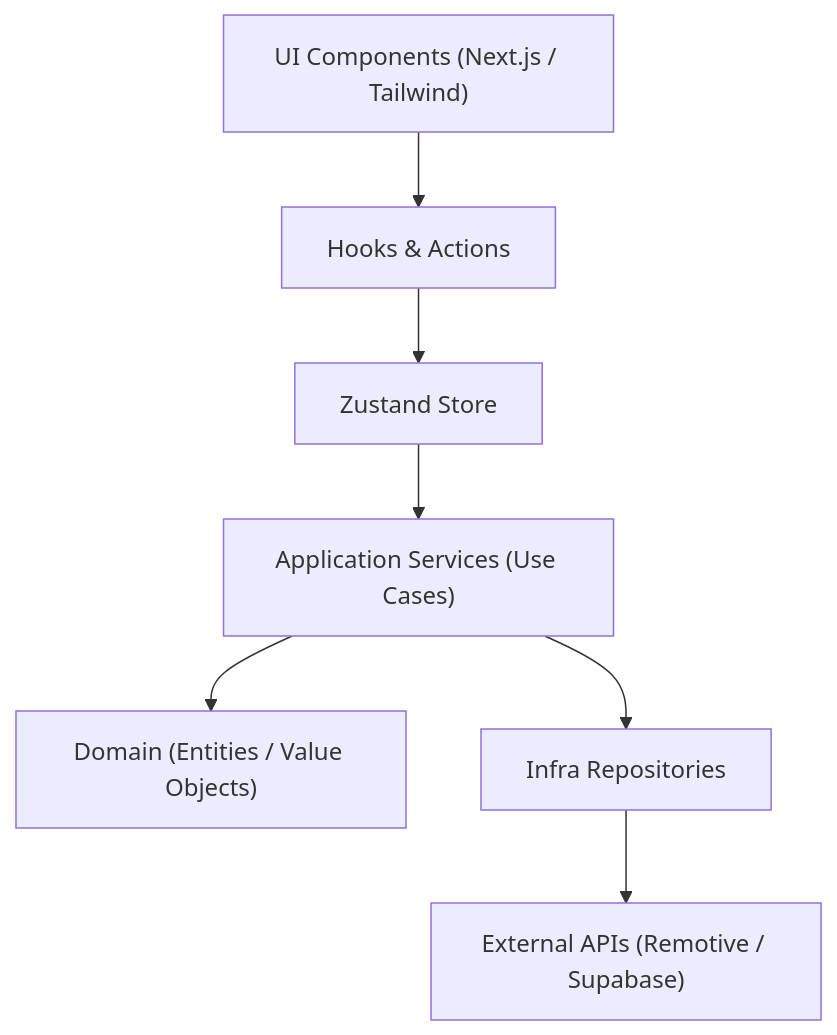
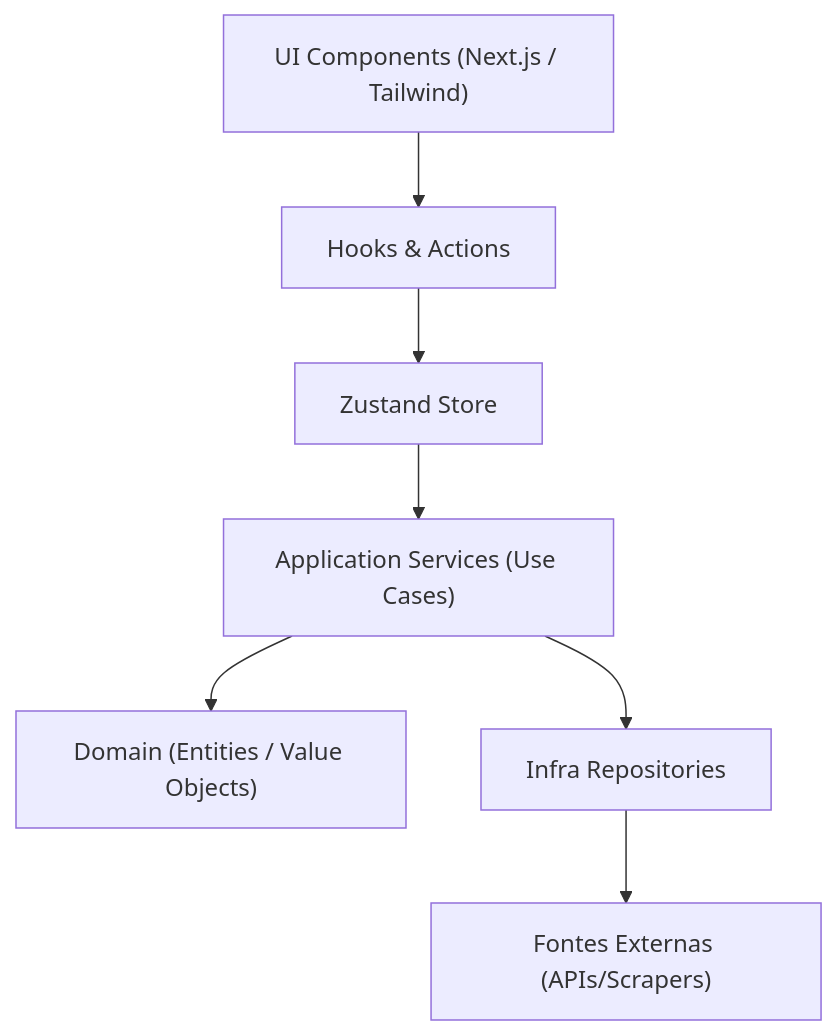
Before and after one commit to tiagovilasboas/remote-dev-jobs: the diagram in README.md, drawn with Mermaid. The commit also changed other lines of this file, not shown here.

Commit message:
docs: update README with recent architectural changes

````diff
--- a/README.md
+++ b/README.md
@@ -64,9 +64,9 @@
 ```mermaid
 flowchart TD;
   UI["UI Components (Next.js / Tailwind)"] --> Hooks["Hooks & Actions"];
   Hooks --> Store["Zustand Store"];
   Store --> Services["Application Services (Use Cases)"];
   Services --> Domain["Domain (Entities / Value Objects)"];
   Services --> Repos["Infra Repositories"];
-  Repos --> APIs["External APIs (Remotive / Supabase)"];
+  Repos --> APIs["Fontes Externas (APIs/Scrapers)"];
 ```
````
